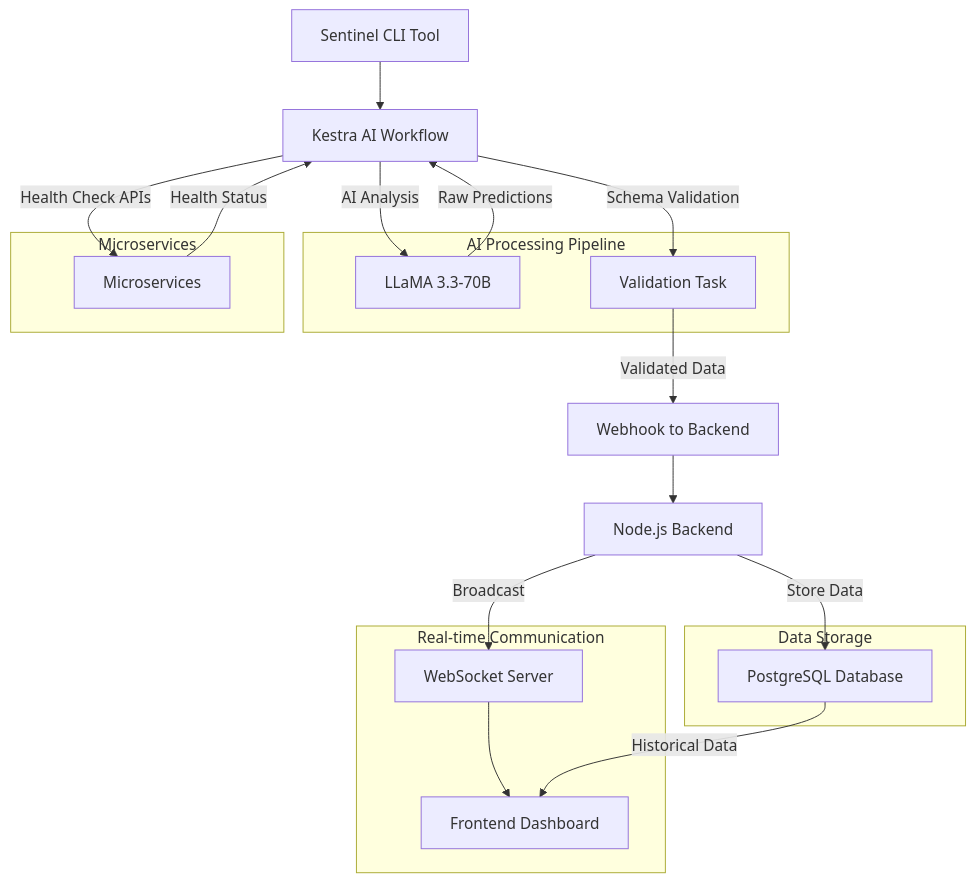
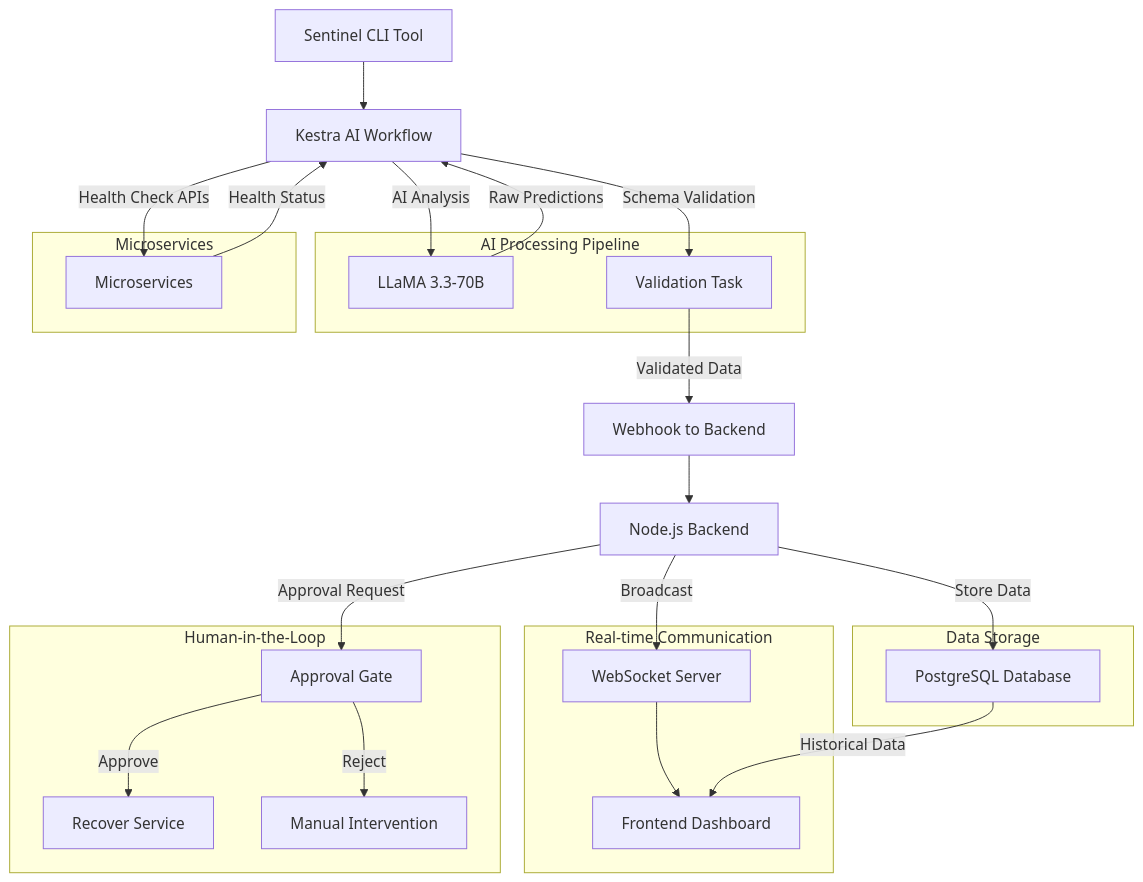
One commit to SKfaizan-786/sentinel-devops-agent changed the first of 2 diagrams in ARCHITECTURE.md. Above: the diagram before and after it, drawn with Mermaid. The commit also changed other lines of this file, not shown here.

Commit message:
docs: reflect human-in-the-loop approval flow and fix broken API link

````diff
--- a/ARCHITECTURE.md
+++ b/ARCHITECTURE.md
@@ -136,33 +137,42 @@
 ```mermaid
 graph TD
     CLI[Sentinel CLI Tool] --> KW[Kestra AI Workflow]
     KW -->|Health Check APIs| MS[Microservices]
     MS -->|Health Status| KW
     KW -->|AI Analysis| LLM[LLaMA 3.3-70B]
     LLM -->|Raw Predictions| KW
     KW -->|Schema Validation| SV[Validation Task]
     SV -->|Validated Data| WH[Webhook to Backend]
     WH --> BS[Node.js Backend]
     BS -->|Store Data| PG[PostgreSQL Database]
     BS -->|Broadcast| WS[WebSocket Server]
     WS --> FD[Frontend Dashboard]
     PG -->|Historical Data| FD
+    BS -->|Approval Request| AG[Approval Gate]
+    AG -->|Approve| Heal[Recover Service]
+    AG -->|Reject| Abort[Manual Intervention]
     
     subgraph "AI Processing Pipeline"
         LLM
         SV
     end
     
     subgraph "Data Storage"
         PG
     end
     
     subgraph "Real-time Communication"
         WS
         FD
     end
     
     subgraph "Microservices"
         MS
     end
+    
+    subgraph "Human-in-the-Loop"
+        AG
+        Heal
+        Abort
+    end
 ```
````
